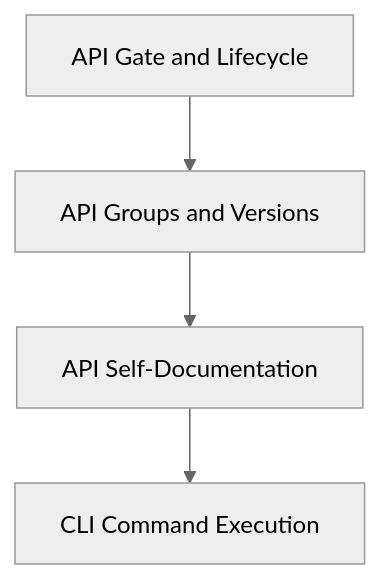
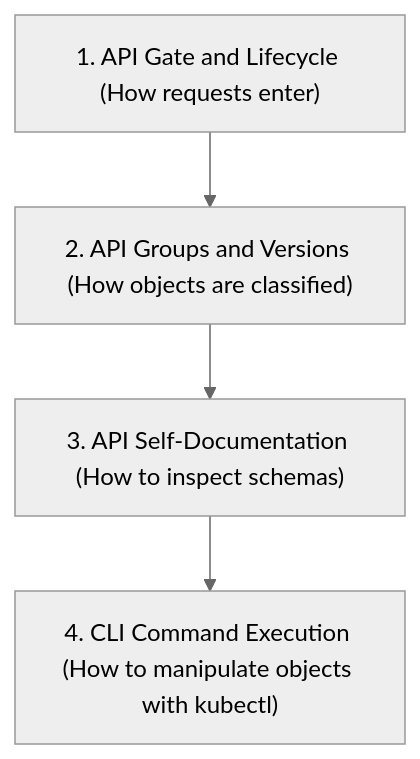
Before and after one commit to kmashour/BrainDump: the diagram in Reference Notes/01_kube_api_and_kubectl.md, drawn with Mermaid (neutral theme). The commit also changed 15 other files, not shown here.

Commit message:
docs: restore detailed informative mermaid diagrams replacing ampersands with 'and'

````diff
--- a/Reference Notes/01_kube_api_and_kubectl.md
+++ b/Reference Notes/01_kube_api_and_kubectl.md
@@ -11,6 +11,6 @@
 ```mermaid
 graph TD
-    A["API Gate and Lifecycle"] --> B["API Groups and Versions"]
-    B --> C["API Self-Documentation"]
-    C --> D["CLI Command Execution"]
+    A["1. API Gate and Lifecycle (How requests enter)"] --> B["2. API Groups and Versions (How objects are classified)"]
+    B --> C["3. API Self-Documentation (How to inspect schemas)"]
+    C --> D["4. CLI Command Execution (How to manipulate objects with kubectl)"]
 ```
````
